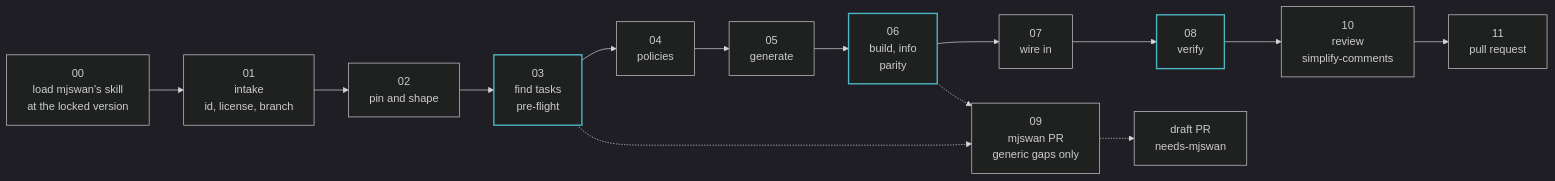
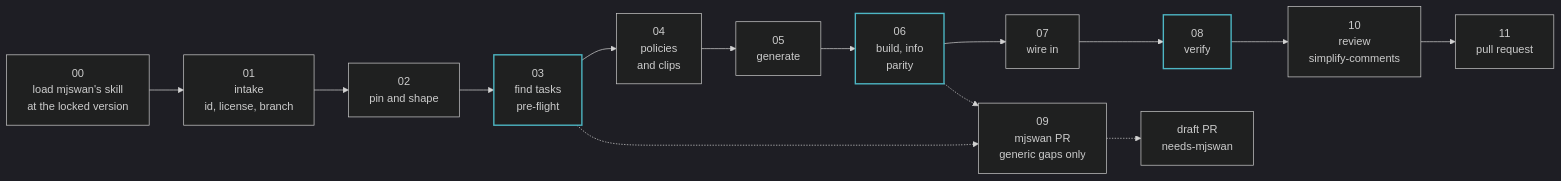
One commit to CloudEngineHub/mjswan_playground changed the diagram in .claude/skills/msp/skills/add-new-task/README.md. Above: the diagram before and after it, drawn with Mermaid. The commit also changed other lines of this file and 3 other files, not shown here.

````diff
--- a/.claude/skills/msp/skills/add-new-task/README.md
+++ b/.claude/skills/msp/skills/add-new-task/README.md
@@ -27,14 +27,14 @@
 ```mermaid
 ---
 config:
   theme: dark
 ---
 flowchart LR
-  S0["00<br>load mjswan's skill<br>at the locked version"] --> S1["01<br>intake<br>id, license, branch"] --> S2["02<br>pin and shape"] --> S3["03<br>find tasks<br>pre-flight"] --> S4["04<br>policies"]
+  S0["00<br>load mjswan's skill<br>at the locked version"] --> S1["01<br>intake<br>id, license, branch"] --> S2["02<br>pin and shape"] --> S3["03<br>find tasks<br>pre-flight"] --> S4["04<br>policies<br>and clips"]
   S4 --> S5["05<br>generate"] --> S6["06<br>build, info<br>parity"] --> S7["07<br>wire in"] --> S8["08<br>verify"] --> S10["10<br>review<br>simplify-comments"] --> S11["11<br>pull request"]
   S3 -.-> S9["09<br>mjswan PR<br>generic gaps only"]
   S6 -.-> S9
   S9 -.-> D["draft PR<br>needs-mjswan"]
   classDef hot stroke:#4db6c4,stroke-width:2px
   class S3,S6,S8 hot
 ```
````
